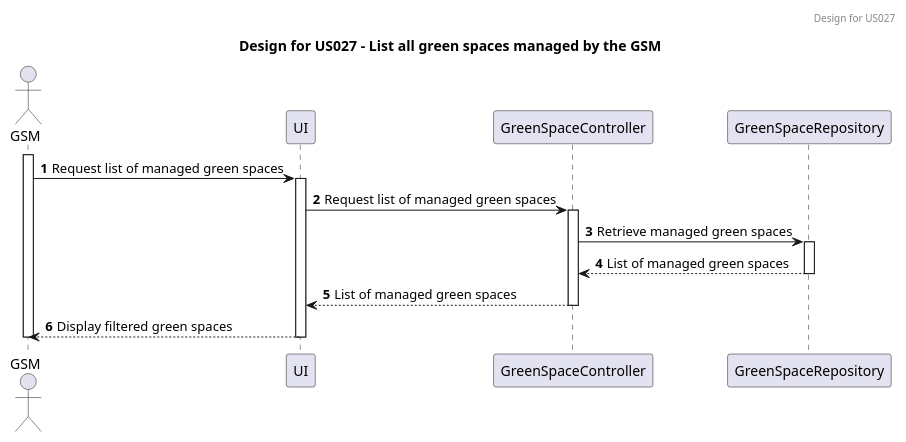
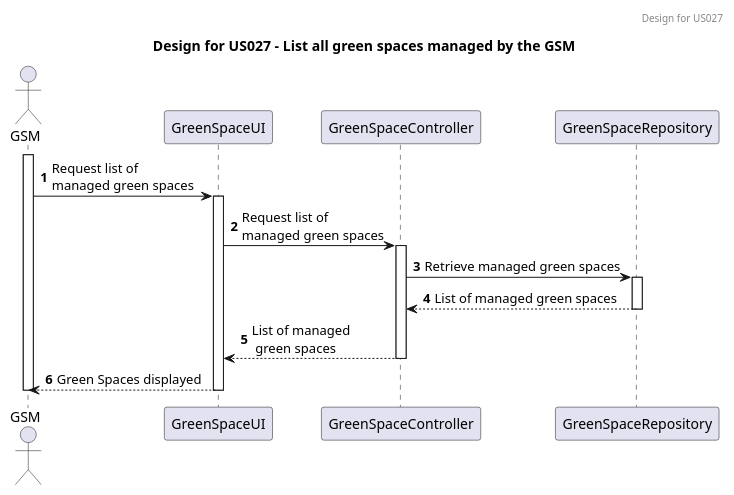
The diagram in docs/sprintC/us027/03.design/puml/us027-sequence-diagram-full.puml (rpedros02/lei-24-s2-1DL-g08), drawn with PlantUML before and after one commit. The commit also changed 3 other files, not shown here.

```diff
--- a/docs/sprintC/us027/03.design/puml/us027-sequence-diagram-full.puml
+++ b/docs/sprintC/us027/03.design/puml/us027-sequence-diagram-full.puml
@@ -1,27 +1,27 @@
 @startuml
 title Design for US027 - List all green spaces managed by the GSM
 header Design for US027
 autonumber
 
 actor GSM as GSM
-participant "UI" as UI
+participant "GreenSpaceUI" as GreenSpaceUI
 participant "GreenSpaceController" as GreenSpaceController
 participant "GreenSpaceRepository" as GreenSpaceRepo
 
 activate GSM
 
-GSM -> UI: Request list of managed green spaces
-activate UI
-UI -> GreenSpaceController: Request list of managed green spaces
+GSM -> GreenSpaceUI: Request list of \nmanaged green spaces
+activate GreenSpaceUI
+GreenSpaceUI -> GreenSpaceController: Request list of \nmanaged green spaces
 activate GreenSpaceController
 GreenSpaceController -> GreenSpaceRepo: Retrieve managed green spaces
 activate GreenSpaceRepo
 GreenSpaceRepo --> GreenSpaceController: List of managed green spaces
 deactivate GreenSpaceRepo
-GreenSpaceController --> UI: List of managed green spaces
+GreenSpaceController --> GreenSpaceUI: List of managed\n green spaces
 deactivate GreenSpaceController
-UI --> GSM: Display filtered green spaces
-deactivate UI
+GreenSpaceUI --> GSM: Green Spaces displayed
+deactivate  GreenSpaceUI
 
 deactivate GSM
 @enduml
```
